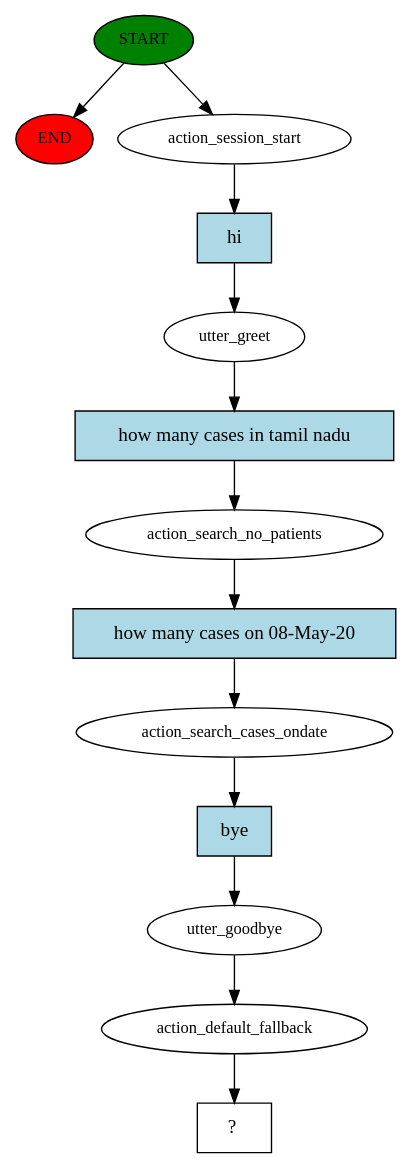
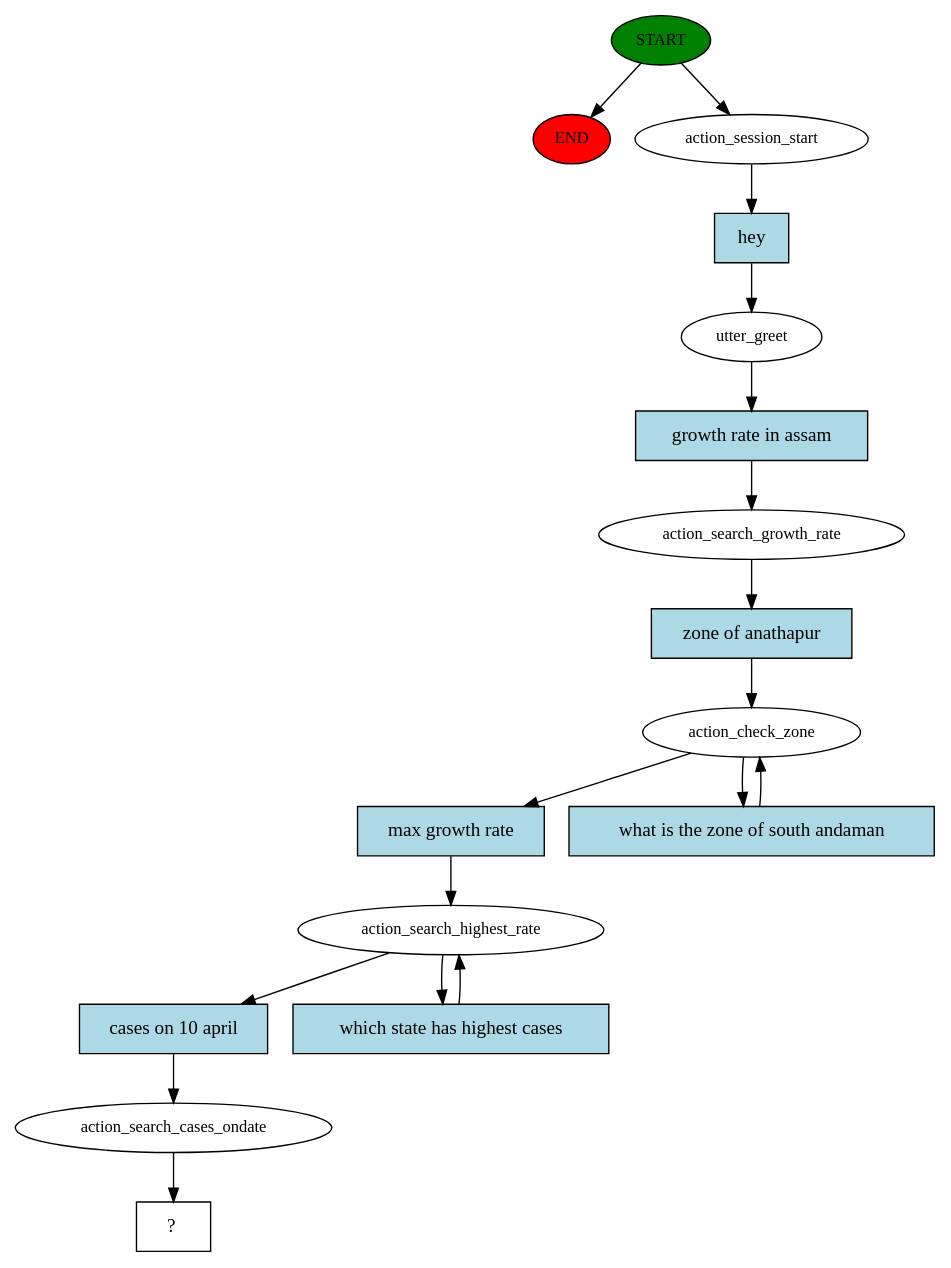
The diagram in covid19bot/story_graph.dot (G-Slient/rasa-covid19-chatbot), drawn with Graphviz before and after one commit. The commit also changed 11 other files, not shown here.

```diff
--- a/covid19bot/story_graph.dot
+++ b/covid19bot/story_graph.dot
@@ -1,27 +1,35 @@
 digraph  {
 0 [class="start active", fillcolor=green, fontsize=12, label=START, style=filled];
 "-1" [class=end, fillcolor=red, fontsize=12, label=END, style=filled];
 1 [class=active, fontsize=12, label=action_session_start];
 2 [class=active, fontsize=12, label=utter_greet];
-3 [class=active, fontsize=12, label=action_search_no_patients];
-4 [class=active, fontsize=12, label=action_search_cases_ondate];
-5 [class=active, fontsize=12, label=utter_goodbye];
-6 [class=active, fontsize=12, label=action_default_fallback];
-7 [class="intent dashed active", label="  ?  ", shape=rect];
-8 [class="intent active", fillcolor=lightblue, label=hi, shape=rect, style=filled];
-9 [class="intent active", fillcolor=lightblue, label="how many cases in tamil nadu", shape=rect, style=filled];
-10 [class="intent active", fillcolor=lightblue, label="how many cases on 08-May-20", shape=rect, style=filled];
-11 [class="intent active", fillcolor=lightblue, label=bye, shape=rect, style=filled];
+3 [class=active, fontsize=12, label=action_search_growth_rate];
+4 [class=active, fontsize=12, label=action_check_zone];
+6 [class=active, fontsize=12, label=action_search_highest_rate];
+8 [class=active, fontsize=12, label=action_search_cases_ondate];
+9 [class="intent dashed active", label="  ?  ", shape=rect];
+10 [class="intent active", fillcolor=lightblue, label=hey, shape=rect, style=filled];
+11 [class="intent active", fillcolor=lightblue, label="growth rate in assam", shape=rect, style=filled];
+12 [class="intent active", fillcolor=lightblue, label="zone of anathapur", shape=rect, style=filled];
+13 [class="intent active", fillcolor=lightblue, label="max growth rate", shape=rect, style=filled];
+14 [class="intent active", fillcolor=lightblue, label="what is the zone of south andaman", shape=rect, style=filled];
+15 [class="intent active", fillcolor=lightblue, label="cases on 10 april", shape=rect, style=filled];
+16 [class="intent active", fillcolor=lightblue, label="which state has highest cases", shape=rect, style=filled];
 0 -> "-1"  [class="", key=NONE, label=""];
 0 -> 1  [class=active, key=NONE, label=""];
-1 -> 8  [class=active, key=0];
-2 -> 9  [class=active, key=0];
-3 -> 10  [class=active, key=0];
-4 -> 11  [class=active, key=0];
-5 -> 6  [class=active, key=NONE, label=""];
-6 -> 7  [class=active, key=NONE, label=""];
-8 -> 2  [class=active, key=0];
-9 -> 3  [class=active, key=0];
-10 -> 4  [class=active, key=0];
-11 -> 5  [class=active, key=0];
+1 -> 10  [class=active, key=0];
+2 -> 11  [class=active, key=0];
+3 -> 12  [class=active, key=0];
+4 -> 13  [class=active, key=0];
+4 -> 14  [class=active, key=0];
+6 -> 15  [class=active, key=0];
+6 -> 16  [class=active, key=0];
+8 -> 9  [class=active, key=NONE, label=""];
+10 -> 2  [class=active, key=0];
+11 -> 3  [class=active, key=0];
+12 -> 4  [class=active, key=0];
+13 -> 6  [class=active, key=0];
+14 -> 4  [class=active, key=0];
+15 -> 8  [class=active, key=0];
+16 -> 6  [class=active, key=0];
 }
```
